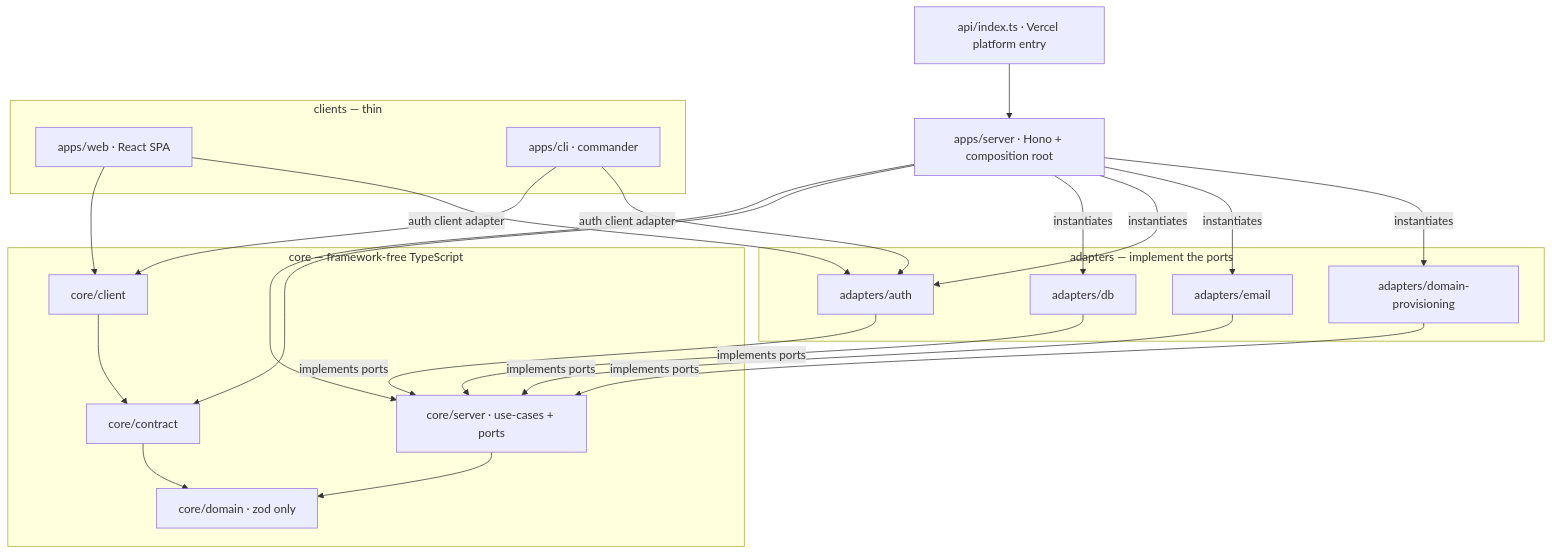
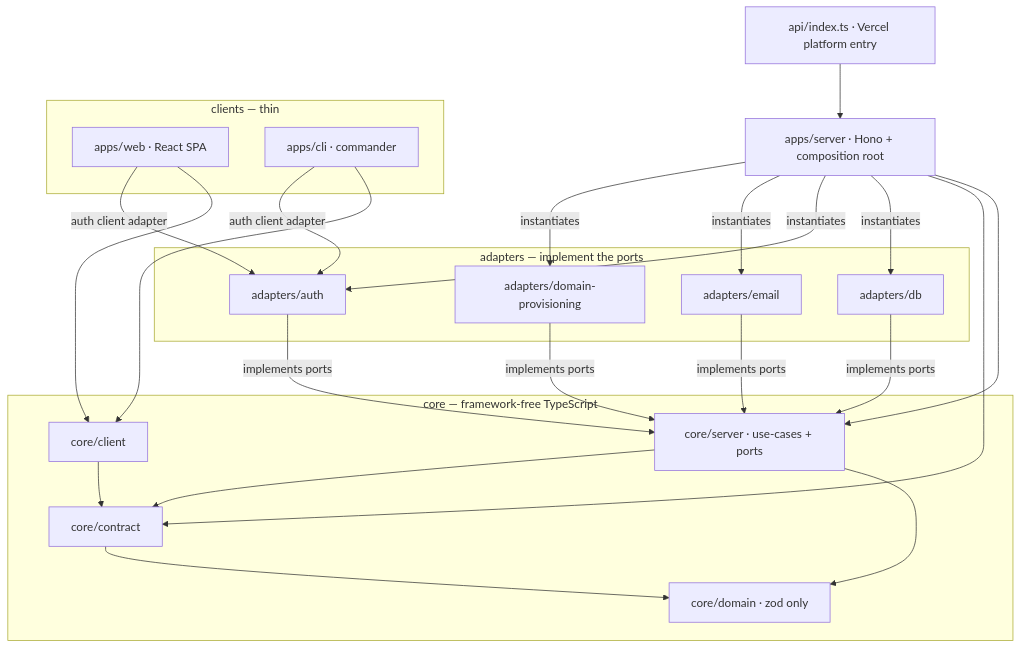
One commit to chomamateusz/agentproofarch changed the diagram in website/docs/architecture/layers.md. Above: the diagram before and after it, drawn with Mermaid. The commit also changed other lines of this file and 3 other files, not shown here.

````diff
--- a/website/docs/architecture/layers.md
+++ b/website/docs/architecture/layers.md
@@ -32,43 +32,44 @@
 ```mermaid
 graph TD
     subgraph clients["clients — thin"]
         web["apps/web · React SPA"]
         cli["apps/cli · commander"]
     end
 
     subgraph coreLayer["core — framework-free TypeScript"]
         client["core/client"]
         contract["core/contract"]
         server["core/server · use-cases + ports"]
         domain["core/domain · zod only"]
     end
 
     subgraph adaptersLayer["adapters — implement the ports"]
         db["adapters/db"]
         authAd["adapters/auth"]
         emailAd["adapters/email"]
         domainsAd["adapters/domain-provisioning"]
     end
 
     srv["apps/server · Hono + composition root"]
     entry["api/index.ts · Vercel platform entry"]
 
     web --> client
     cli --> client
     web -->|auth client adapter| authAd
     cli -->|auth client adapter| authAd
     client --> contract
     contract --> domain
     server --> domain
+    server --> contract
     srv --> server
     srv --> contract
     srv -->|instantiates| db
     srv -->|instantiates| authAd
     srv -->|instantiates| emailAd
     srv -->|instantiates| domainsAd
     db -->|implements ports| server
     authAd -->|implements ports| server
     emailAd -->|implements ports| server
     domainsAd -->|implements ports| server
     entry --> srv
 ```
````
